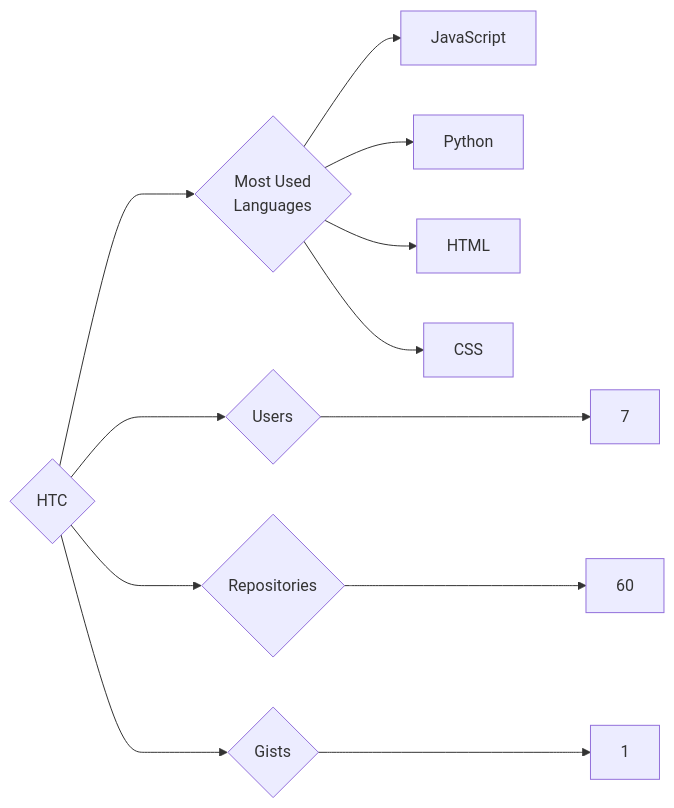
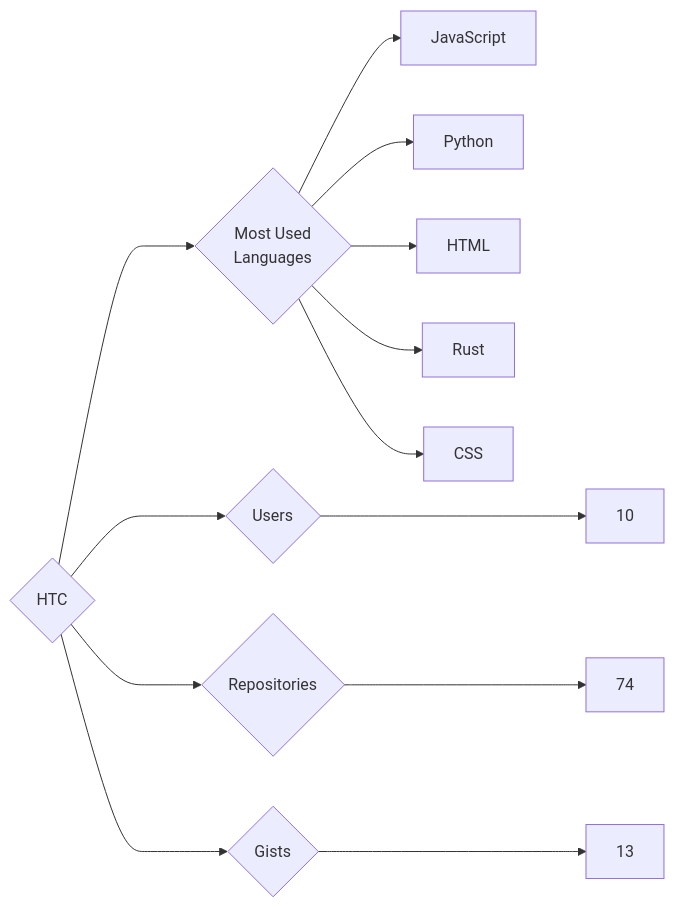
Before and after one commit to trickest/insiders: the diagram in targets/HTC/README.md, drawn with Mermaid. The commit also changed 1023 other files, not shown here.

````diff
--- a/targets/HTC/README.md
+++ b/targets/HTC/README.md
@@ -3,12 +3,13 @@
 ```mermaid
 graph LR
 COMPANY_NAME{HTC}
-COMPANY_NAME ---> U{Users} ---> UN[7]
-COMPANY_NAME ---> R{Repositories} ---> RN[60]
-COMPANY_NAME ---> G{Gists} ---> GN[1]
+COMPANY_NAME ---> U{Users} ---> UN[10]
+COMPANY_NAME ---> R{Repositories} ---> RN[74]
+COMPANY_NAME ---> G{Gists} ---> GN[13]
 COMPANY_NAME ---> ML{Most Used<br>Languages}
 ML --> JavaScript[JavaScript]
 ML --> Python[Python]
 ML --> HTML[HTML]
+ML --> Rust[Rust]
 ML --> CSS[CSS]
 ```
````
